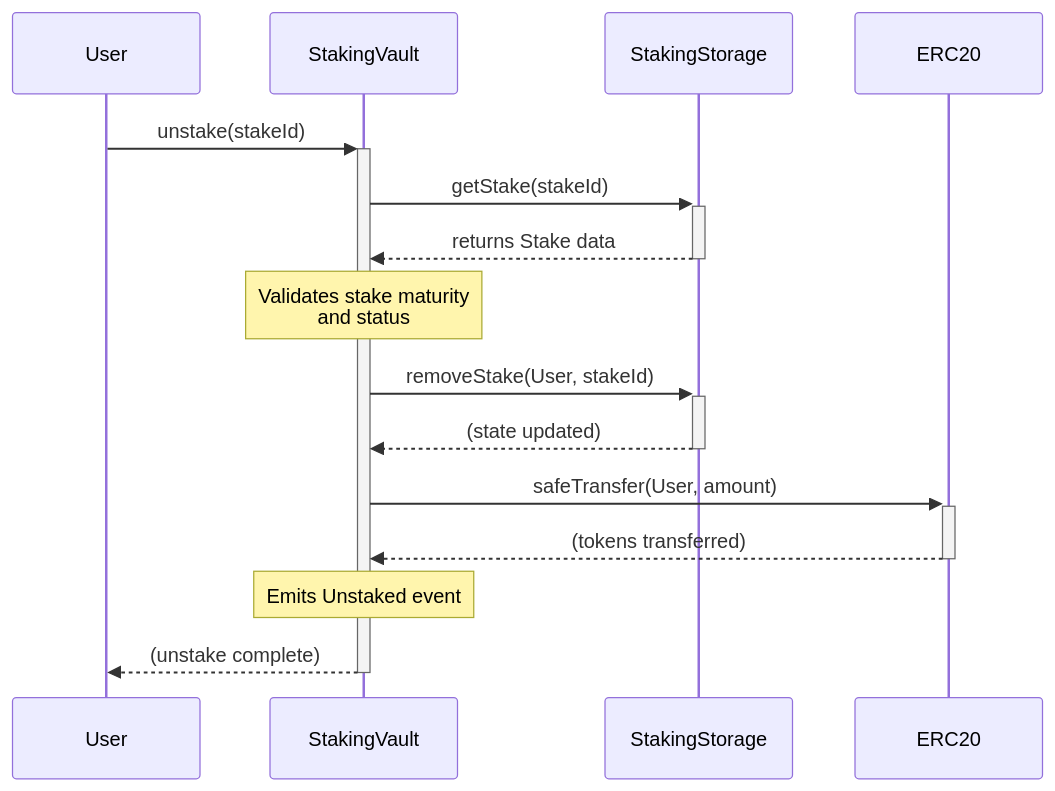
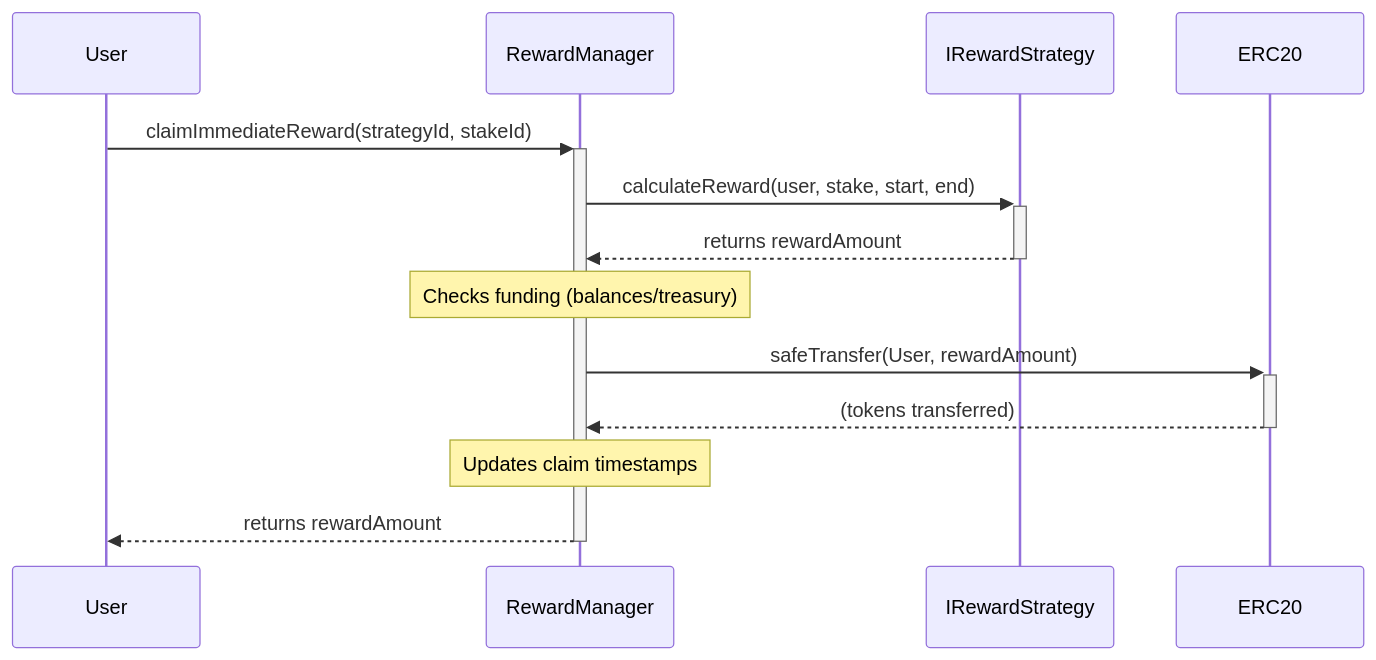
Before and after one commit to Ai-Layer-Labs/think-staking-audit: the second of 2 diagrams in docs/architecture_overview.md, drawn with Mermaid. The commit also changed other lines of this file and 51 other files, not shown here.

Commit message:
reward system refactoring; minor changes to the staking contracts

````diff
--- a/docs/architecture_overview.md
+++ b/docs/architecture_overview.md
@@ -299,18 +148,16 @@
 ```mermaid
 sequenceDiagram
     participant User
-    participant StakingVault
-    participant StakingStorage
+    participant RewardManager
+    participant IRewardStrategy
     participant ERC20
 
-    User->>+StakingVault: unstake(stakeId)
-    StakingVault->>+StakingStorage: getStake(stakeId)
-    StakingStorage-->>-StakingVault: returns Stake data
-    Note over StakingVault: Validates stake maturity<br/>and status
-    StakingVault->>+StakingStorage: removeStake(User, stakeId)
-    StakingStorage-->>-StakingVault: (state updated)
-    StakingVault->>+ERC20: safeTransfer(User, amount)
-    ERC20-->>-StakingVault: (tokens transferred)
-    Note over StakingVault: Emits Unstaked event
-    StakingVault-->>-User: (unstake complete)
+    User->>+RewardManager: claimImmediateReward(strategyId, stakeId)
+    RewardManager->>+IRewardStrategy: calculateReward(user, stake, start, end)
+    IRewardStrategy-->>-RewardManager: returns rewardAmount
+    Note over RewardManager: Checks funding (balances/treasury)
+    RewardManager->>+ERC20: safeTransfer(User, rewardAmount)
+    ERC20-->>-RewardManager: (tokens transferred)
+    Note over RewardManager: Updates claim timestamps
+    RewardManager-->>-User: returns rewardAmount
 ```
````
